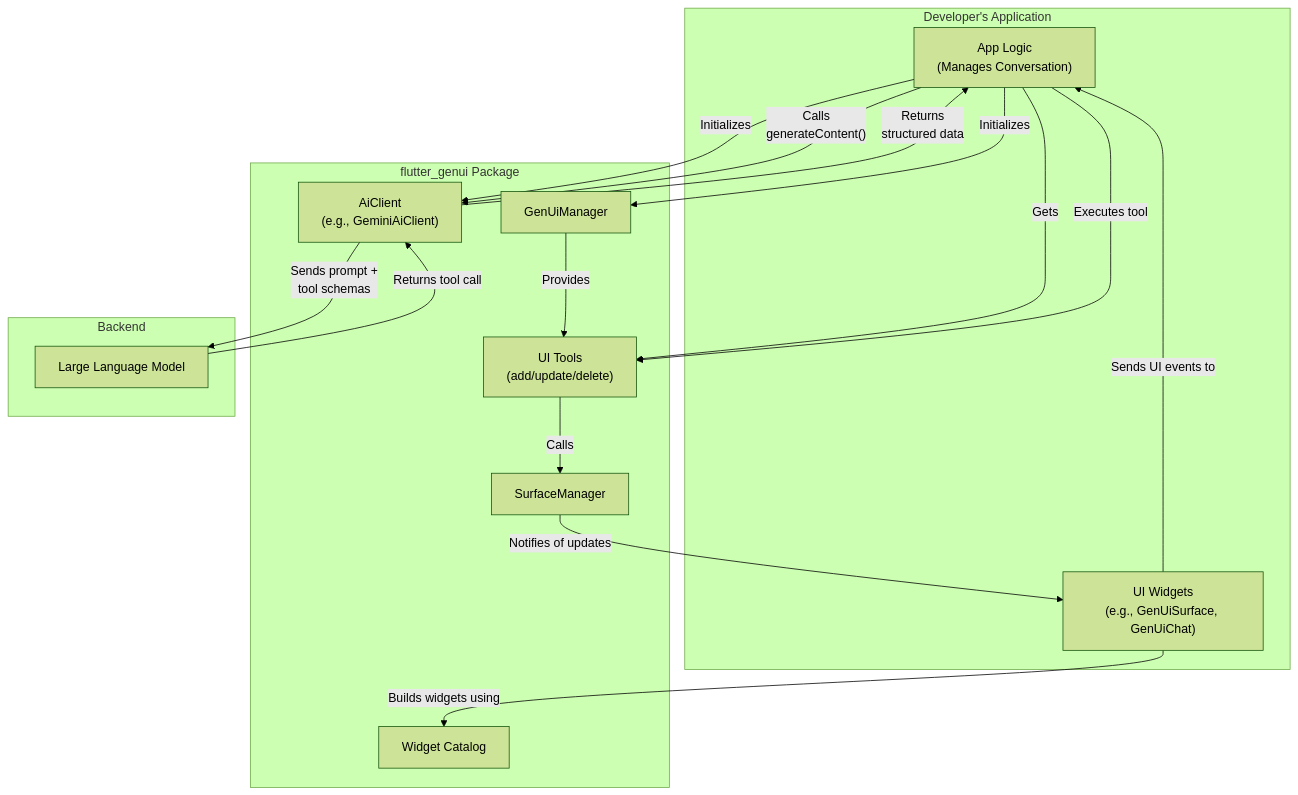
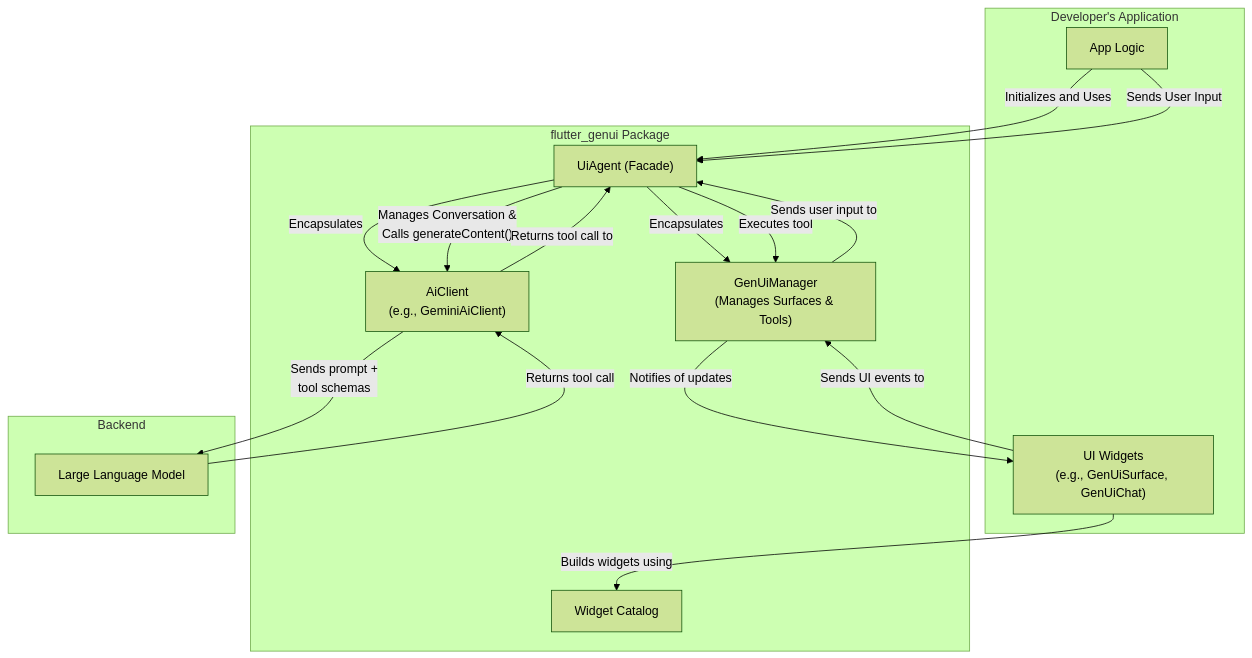
Before and after one commit to sethladd/genui: the first of 2 diagrams in packages/flutter_genui/IMPLEMENTATION.md, drawn with Mermaid (forest theme). The commit also changed other lines of this file and 10 other files, not shown here.

````diff
--- a/packages/flutter_genui/IMPLEMENTATION.md
+++ b/packages/flutter_genui/IMPLEMENTATION.md
@@ -15,37 +15,34 @@
 ```mermaid
 graph TD
     subgraph "Developer's Application"
-        AppLogic["App Logic<br>(Manages Conversation)"]
+        AppLogic["App Logic"]
         UIWidgets["UI Widgets<br>(e.g., GenUiSurface, GenUiChat)"]
     end
 
     subgraph "flutter_genui Package"
-        GenUiManager["GenUiManager"]
-        SurfaceManager["SurfaceManager"]
+        UiAgent["UiAgent (Facade)"]
+        GenUiManager["GenUiManager<br>(Manages Surfaces & Tools)"]
         AiClient["AiClient<br>(e.g., GeminiAiClient)"]
         Catalog["Widget Catalog"]
-        UiTools["UI Tools<br>(add/update/delete)"]
     end
 
     subgraph "Backend"
         LLM["Large Language Model"]
     end
 
-    AppLogic -- "Initializes" --> GenUiManager
-    AppLogic -- "Initializes" --> AiClient
-    GenUiManager -- "Provides" --> UiTools
-    AppLogic -- "Gets" --> UiTools
+    AppLogic -- "Initializes and Uses" --> UiAgent
+    UiAgent -- "Encapsulates" --> GenUiManager
+    UiAgent -- "Encapsulates" --> AiClient
 
-    AppLogic -- "Calls<br>generateContent()" --> AiClient
+    AppLogic -- "Sends User Input" --> UiAgent
+    UiAgent -- "Manages Conversation &<br>Calls generateContent()" --> AiClient
     AiClient -- "Sends prompt +<br>tool schemas" --> LLM
     LLM -- "Returns tool call" --> AiClient
-    AiClient -- "Returns<br>structured data" --> AppLogic
+    AiClient -- "Returns tool call to" --> UiAgent
 
-    AppLogic -- "Executes tool" --> UiTools
-    UiTools -- "Calls" --> SurfaceManager
-
-    SurfaceManager -- "Notifies of updates" --> UIWidgets
+    UiAgent -- "Executes tool" --> GenUiManager
+    GenUiManager -- "Notifies of updates" --> UIWidgets
     UIWidgets -- "Builds widgets using" --> Catalog
-    UIWidgets -- "Sends UI events to" --> AppLogic
-
+    UIWidgets -- "Sends UI events to" --> GenUiManager
+    GenUiManager -- "Sends user input to" --> UiAgent
 ```
````
